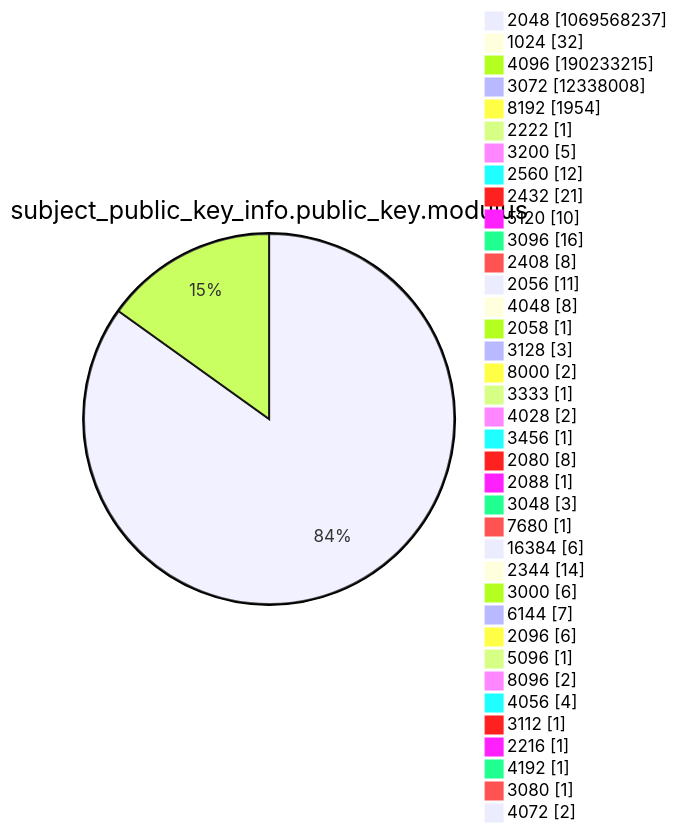
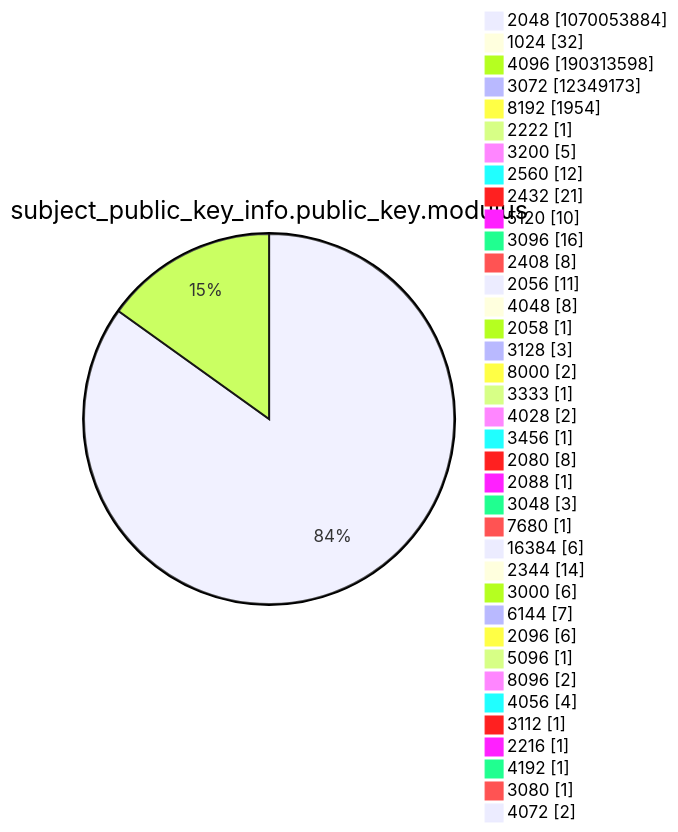
One commit to christiankrug/ctmonitor_visualization changed diagram 13 of 15 in argon2022/README.md. Above: the diagram before and after it, drawn with Mermaid. The commit also changed other lines of this file, not shown here.

````diff
--- a/argon2022/README.md
+++ b/argon2022/README.md
@@ -3589,41 +3589,41 @@
 ```mermaid
 pie showData
 title subject_public_key_info.public_key.modulus
-"2048" :1069568237
+"2048" :1070053884
 "1024" :32
-"4096" :190233215
-"3072" :12338008
+"4096" :190313598
+"3072" :12349173
 "8192" :1954
 "2222" :1
 "3200" :5
 "2560" :12
 "2432" :21
 "5120" :10
 "3096" :16
 "2408" :8
 "2056" :11
 "4048" :8
 "2058" :1
 "3128" :3
 "8000" :2
 "3333" :1
 "4028" :2
 "3456" :1
 "2080" :8
 "2088" :1
 "3048" :3
 "7680" :1
 "16384" :6
 "2344" :14
 "3000" :6
 "6144" :7
 "2096" :6
 "5096" :1
 "8096" :2
 "4056" :4
 "3112" :1
 "2216" :1
 "4192" :1
 "3080" :1
 "4072" :2
 ```
````
